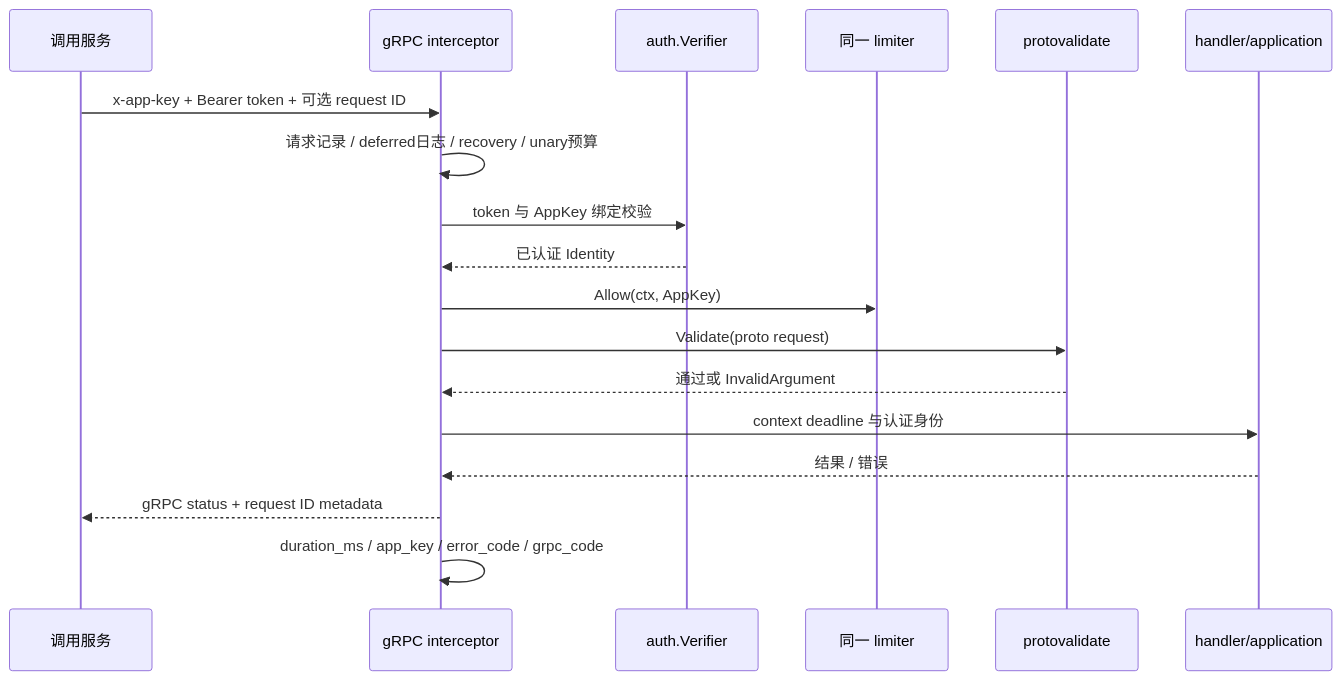
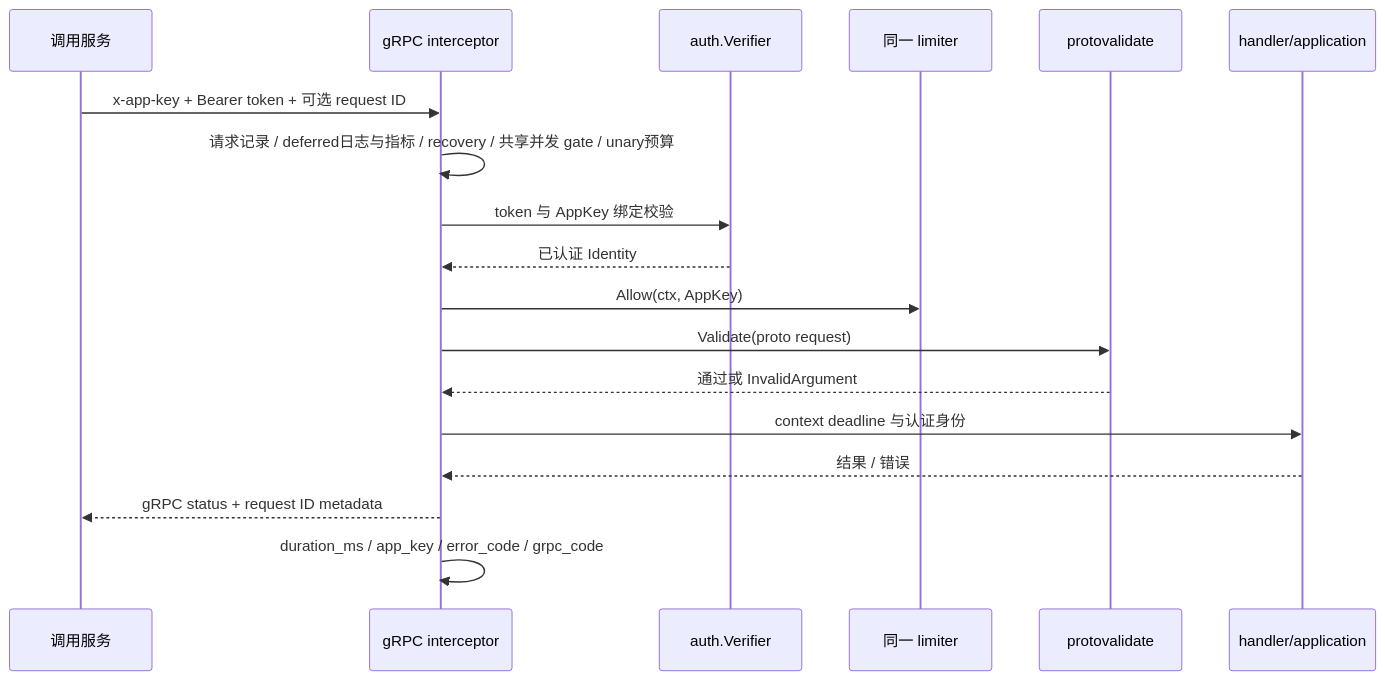
Before and after one commit to gtkit/gsrv: the fourth of 6 diagrams in GSRV_DESIGN.md, drawn with Mermaid. The commit also changed other lines of this file and 47 other files, not shown here.

````diff
--- a/GSRV_DESIGN.md
+++ b/GSRV_DESIGN.md
@@ -150,20 +150,20 @@
 ```mermaid
 sequenceDiagram
   participant C as 调用服务
   participant G as gRPC interceptor
   participant V as auth.Verifier
   participant L as 同一 limiter
   participant P as protovalidate
   participant A as handler/application
   C->>G: x-app-key + Bearer token + 可选 request ID
-  G->>G: 请求记录 / deferred日志 / recovery / unary预算
+  G->>G: 请求记录 / deferred日志与指标 / recovery / 共享并发 gate / unary预算
   G->>V: token 与 AppKey 绑定校验
   V-->>G: 已认证 Identity
   G->>L: Allow(ctx, AppKey)
   G->>P: Validate(proto request)
   P-->>G: 通过或 InvalidArgument
   G->>A: context deadline 与认证身份
   A-->>G: 结果 / 错误
   G-->>C: gRPC status + request ID metadata
   G->>G: duration_ms / app_key / error_code / grpc_code
 ```
````
